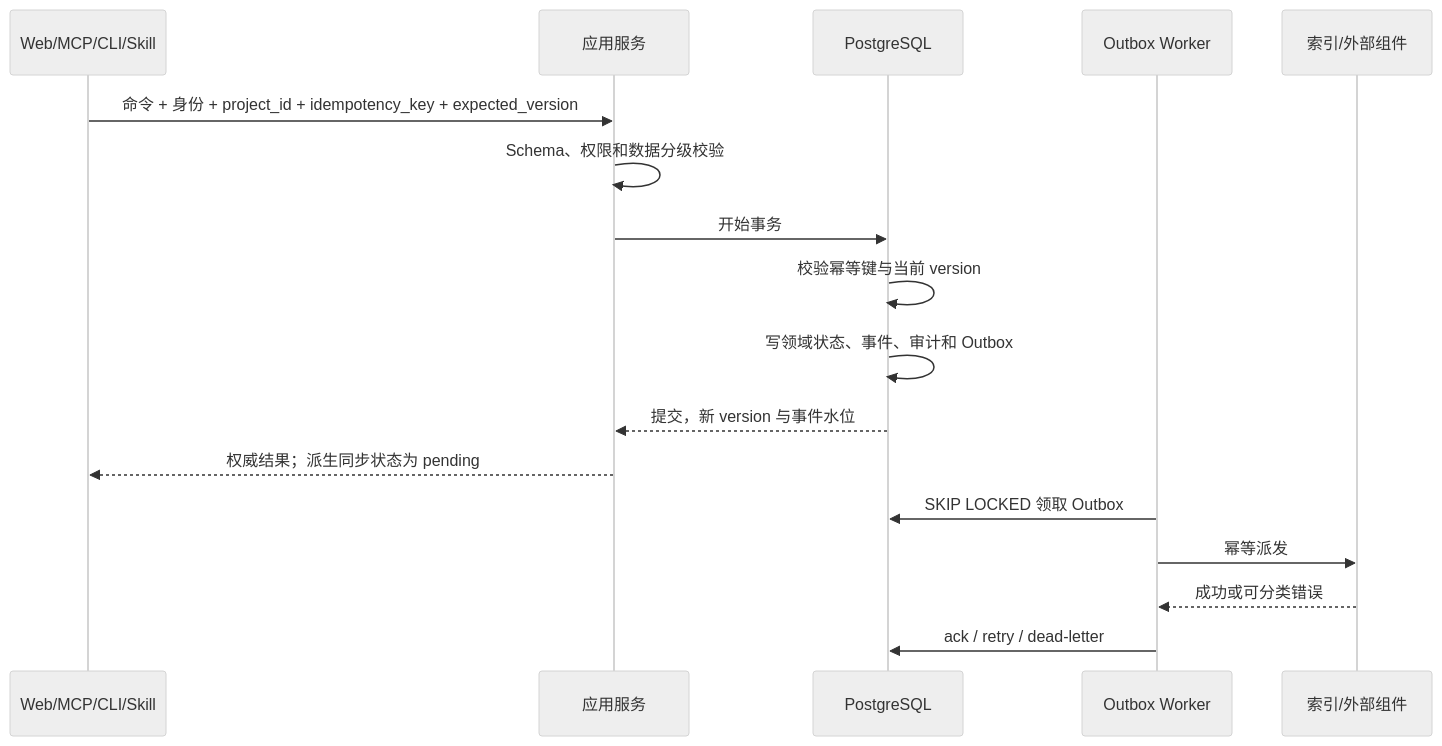
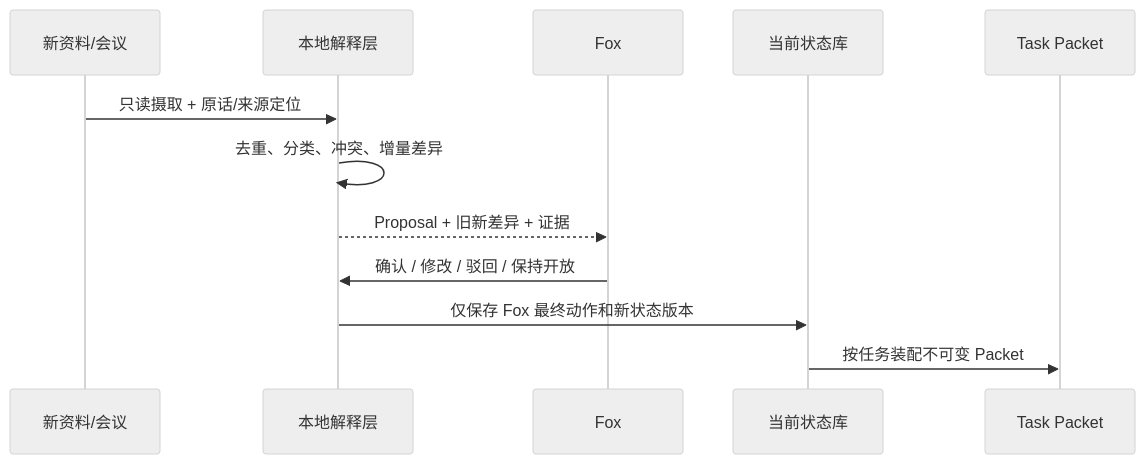
The second of 3 diagrams in docs/analysis/deployment-topology-evaluation.md (xingranya/fox), drawn with Mermaid (neutral theme) before and after one commit. The commit also changed other lines of this file and 41 other files, not shown here.

````diff
--- a/docs/analysis/deployment-topology-evaluation.md
+++ b/docs/analysis/deployment-topology-evaluation.md
@@ -83,20 +63,15 @@
 ```mermaid
 sequenceDiagram
-    participant C as Web/MCP/CLI/Skill
-    participant A as 应用服务
-    participant P as PostgreSQL
-    participant W as Outbox Worker
-    participant X as 索引/外部组件
+    participant S as 新资料/会议
+    participant L as 本地解释层
+    participant F as Fox
+    participant D as 当前状态库
+    participant P as Task Packet
 
-    C->>A: 命令 + 身份 + project_id + idempotency_key + expected_version
-    A->>A: Schema、权限和数据分级校验
-    A->>P: 开始事务
-    P->>P: 校验幂等键与当前 version
-    P->>P: 写领域状态、事件、审计和 Outbox
-    P-->>A: 提交，新 version 与事件水位
-    A-->>C: 权威结果；派生同步状态为 pending
-    W->>P: SKIP LOCKED 领取 Outbox
-    W->>X: 幂等派发
-    X-->>W: 成功或可分类错误
-    W->>P: ack / retry / dead-letter
+    S->>L: 只读摄取 + 原话/来源定位
+    L->>L: 去重、分类、冲突、增量差异
+    L-->>F: Proposal + 旧新差异 + 证据
+    F->>L: 确认 / 修改 / 驳回 / 保持开放
+    L->>D: 仅保存 Fox 最终动作和新状态版本
+    D->>P: 按任务装配不可变 Packet
 ```
````
